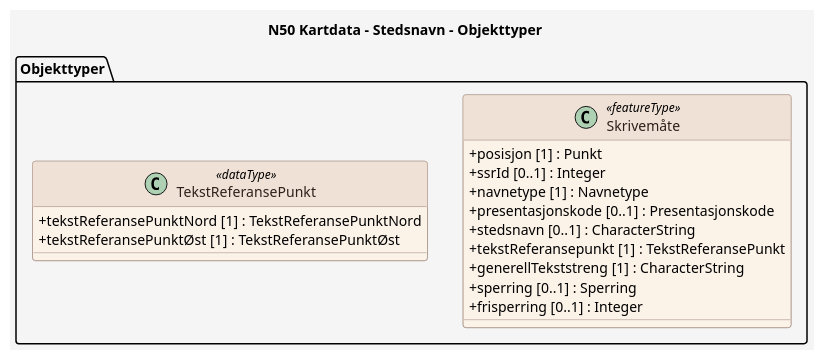
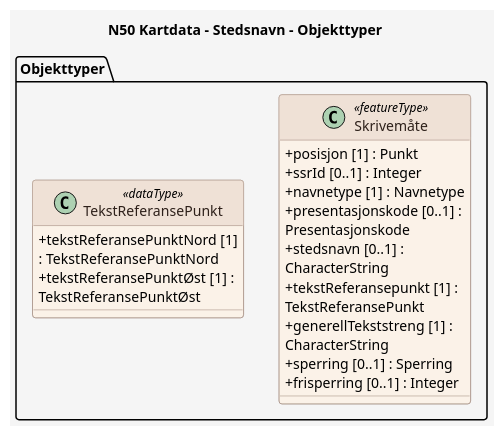
The diagram in produktspesifikasjon/n50-kartdata/stedsnavn/stedsnavn_feature_catalogue.puml (larsingea/produktspesifikasjon_mal), drawn with PlantUML before and after one commit. The commit also changed 21 other files, not shown here.

```diff
--- a/produktspesifikasjon/n50-kartdata/stedsnavn/stedsnavn_feature_catalogue.puml
+++ b/produktspesifikasjon/n50-kartdata/stedsnavn/stedsnavn_feature_catalogue.puml
@@ -1,45 +1,51 @@
 @startuml
+' For wide diagrams, render with: plantuml -DPLANTUML_LIMIT_SIZE=16384 ...
+' The 'scale max' directive below caps the rendered output to prevent the
+' default PlantUML 4096px size limit from cropping the diagram.
+scale max 4000*4000
+
 title N50 Kartdata - Stedsnavn - Objekttyper
 
 skinparam backgroundColor #F5F5F5
 skinparam shadowing false
 skinparam RoundCorner 6
 skinparam ArrowColor #6C8198
+skinparam wrapWidth 200
 skinparam class {
   BackgroundColor #FBF2E8
   BorderColor #9C8578
   FontColor #2D201A
   HeaderBackgroundColor #EFE1D6
   HeaderFontColor #2D201A
   AttributeIconSize 0
 }
 skinparam note {
   BackgroundColor #FFFFFF
   BorderColor #6C8198
   FontColor #2D201A
 }
 skinparam stereotypeCBackgroundColor #EAD9CE
 skinparam stereotypeCBorderColor #9C8578
 skinparam stereotypeCFontColor #2D201A
 
 package "Objekttyper" {
 
   class "Skrivemåte" as Skrivem_te <<featureType>> {
     + posisjon [1] : Punkt
     + ssrId [0..1] : Integer
     + navnetype [1] : Navnetype
     + presentasjonskode [0..1] : Presentasjonskode
     + stedsnavn [0..1] : CharacterString
     + tekstReferansepunkt [1] : TekstReferansePunkt
     + generellTekststreng [1] : CharacterString
     + sperring [0..1] : Sperring
     + frisperring [0..1] : Integer
   }
 
   class TekstReferansePunkt <<dataType>> {
     + tekstReferansePunktNord [1] : TekstReferansePunktNord
     + tekstReferansePunktØst [1] : TekstReferansePunktØst
   }
 }
 
 @enduml
```
